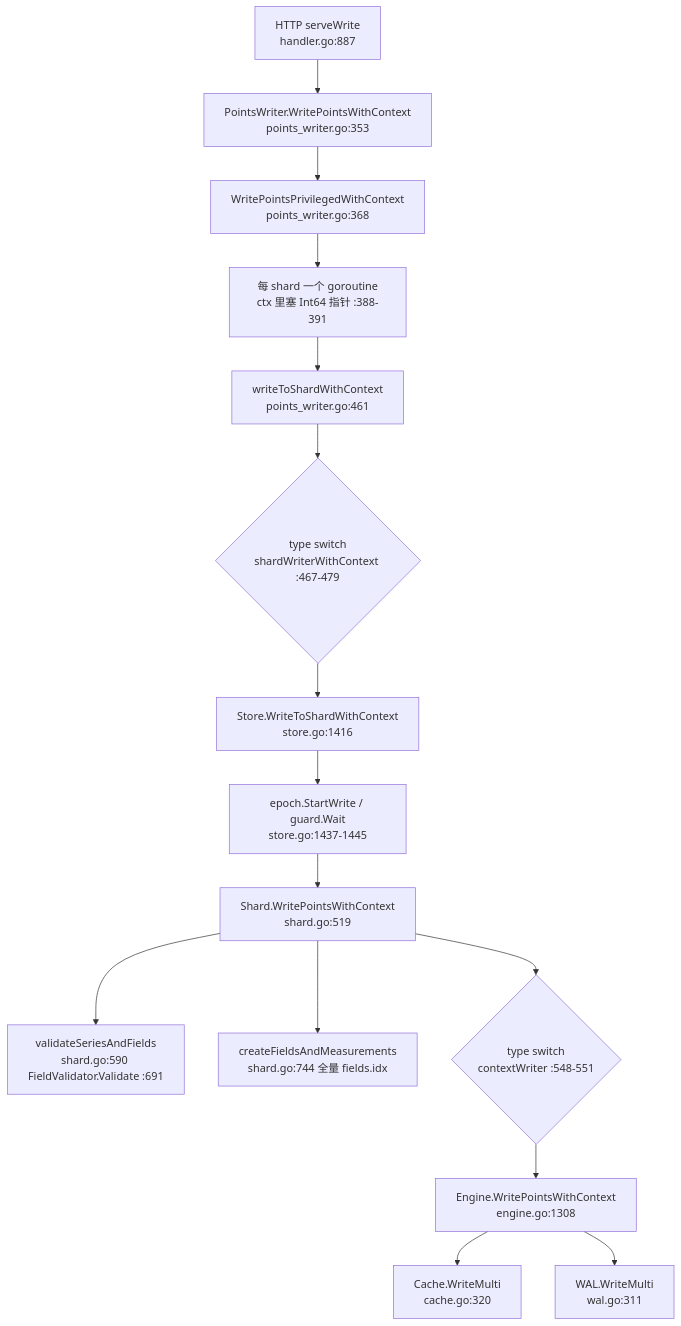
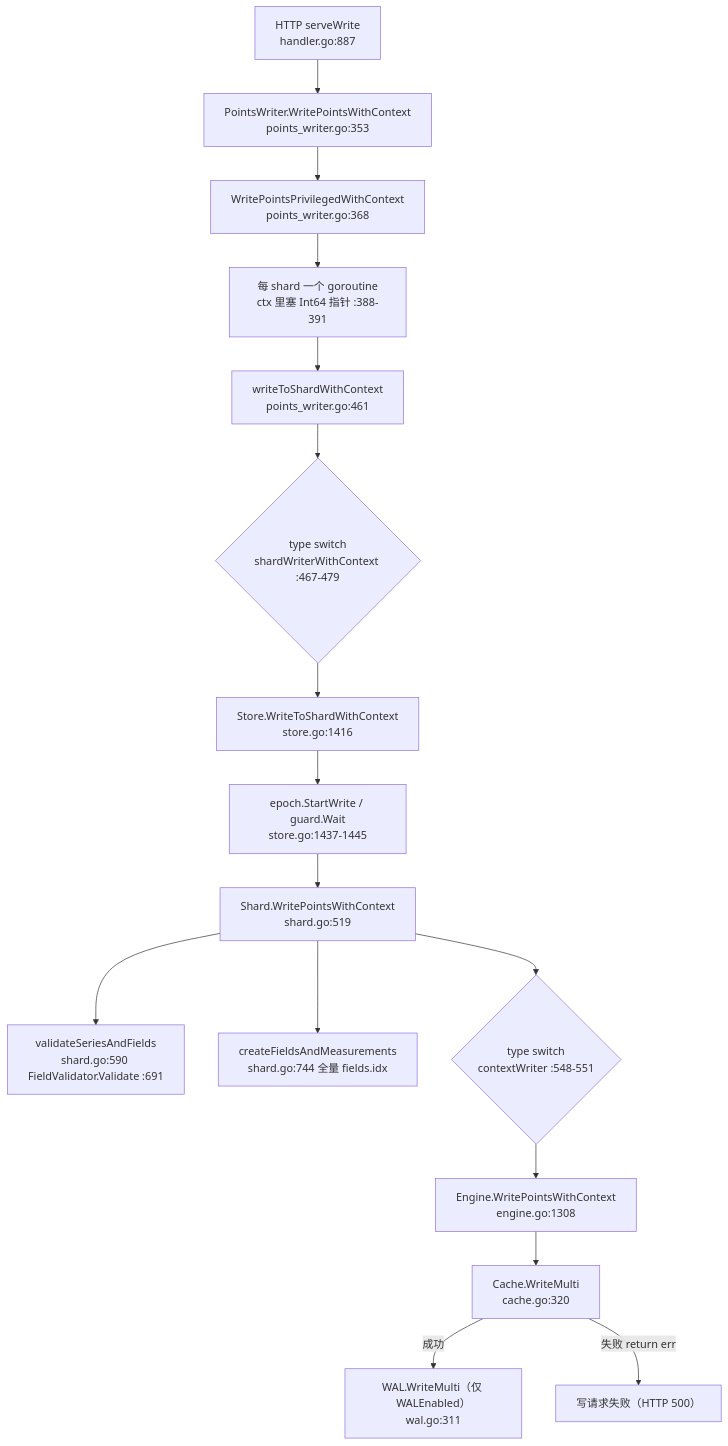
Before and after one commit to stefanv5/influxdb: the first of 3 diagrams in docs/specs/v1.8.10-vs-v1.12.3/01_write_path_diff.md, drawn with Mermaid. The commit also changed other lines of this file and 7 other files, not shown here.

First line of the commit message:
docs: fix code snippets and flows in the version-diff study

````diff
--- a/docs/specs/v1.8.10-vs-v1.12.3/01_write_path_diff.md
+++ b/docs/specs/v1.8.10-vs-v1.12.3/01_write_path_diff.md
@@ -63,17 +63,18 @@
 ```mermaid
 flowchart TD
     H1["HTTP serveWrite<br/>handler.go:887"] --> P1["PointsWriter.WritePointsWithContext<br/>points_writer.go:353"]
     P1 --> PP1["WritePointsPrivilegedWithContext<br/>points_writer.go:368"]
     PP1 --> G1["每 shard 一个 goroutine<br/>ctx 里塞 Int64 指针 :388-391"]
     G1 --> W1["writeToShardWithContext<br/>points_writer.go:461"]
     W1 --> T1{"type switch<br/>shardWriterWithContext :467-479"}
     T1 --> S1["Store.WriteToShardWithContext<br/>store.go:1416"]
     S1 --> E1["epoch.StartWrite / guard.Wait<br/>store.go:1437-1445"]
     E1 --> SH1["Shard.WritePointsWithContext<br/>shard.go:519"]
     SH1 --> V1["validateSeriesAndFields<br/>shard.go:590 FieldValidator.Validate :691"]
     SH1 --> CF1["createFieldsAndMeasurements<br/>shard.go:744 全量 fields.idx"]
     SH1 --> T2{"type switch<br/>contextWriter :548-551"}
     T2 --> EN1["Engine.WritePointsWithContext<br/>engine.go:1308"]
     EN1 --> C1["Cache.WriteMulti<br/>cache.go:320"]
-    EN1 --> L1["WAL.WriteMulti<br/>wal.go:311"]
+    C1 -->|"成功"| L1["WAL.WriteMulti（仅 WALEnabled）<br/>wal.go:311"]
+    C1 -->|"失败 return err"| EX1["写请求失败（HTTP 500）"]
 ```
````
